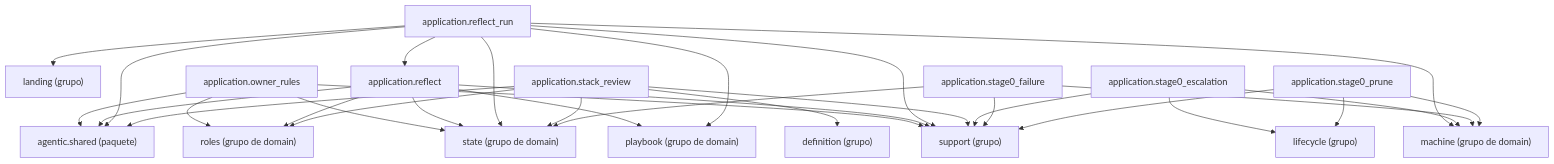
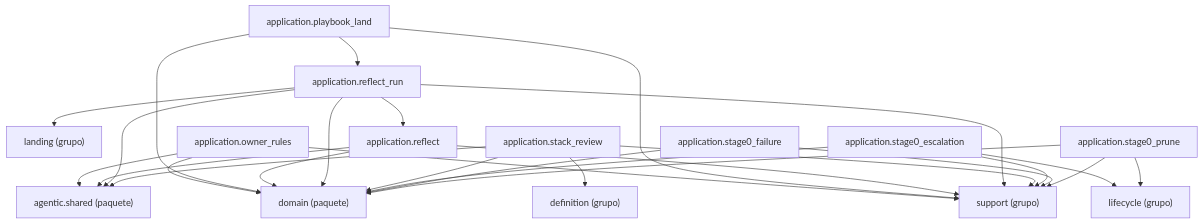
The diagram in docs/architecture/generated/packages-process-application-reflection.md (GonzaloZevallos/agentic-system), drawn with Mermaid before and after one commit. The commit also changed other lines of this file and 4 other files, not shown here.

First line of the commit message:
Land the playbook pull request by itself: land_playbook reads, decides, merges and records

````diff
--- a/docs/architecture/generated/packages-process-application-reflection.md
+++ b/docs/architecture/generated/packages-process-application-reflection.md
@@ -17,49 +17,43 @@
 ```mermaid
 graph TD
     g_application__definition["definition (grupo)"]
     g_application__landing["landing (grupo)"]
     g_application__lifecycle["lifecycle (grupo)"]
     g_application__support["support (grupo)"]
-    g_domain__machine["machine (grupo de domain)"]
-    g_domain__playbook["playbook (grupo de domain)"]
-    g_domain__roles["roles (grupo de domain)"]
-    g_domain__state["state (grupo de domain)"]
     g_pkg__agentic__shared["agentic.shared (paquete)"]
+    g_pkg__domain["domain (paquete)"]
     m_application__owner_rules["application.owner_rules"]
+    m_application__playbook_land["application.playbook_land"]
     m_application__reflect["application.reflect"]
     m_application__reflect_run["application.reflect_run"]
     m_application__stack_review["application.stack_review"]
     m_application__stage0_escalation["application.stage0_escalation"]
     m_application__stage0_failure["application.stage0_failure"]
     m_application__stage0_prune["application.stage0_prune"]
     m_application__owner_rules --> g_application__support
-    m_application__owner_rules --> g_domain__roles
-    m_application__owner_rules --> g_domain__state
     m_application__owner_rules --> g_pkg__agentic__shared
+    m_application__owner_rules --> g_pkg__domain
+    m_application__playbook_land --> g_application__support
+    m_application__playbook_land --> g_pkg__domain
+    m_application__playbook_land --> m_application__reflect_run
     m_application__reflect --> g_application__support
-    m_application__reflect --> g_domain__playbook
-    m_application__reflect --> g_domain__roles
-    m_application__reflect --> g_domain__state
     m_application__reflect --> g_pkg__agentic__shared
+    m_application__reflect --> g_pkg__domain
     m_application__reflect_run --> g_application__landing
     m_application__reflect_run --> g_application__support
-    m_application__reflect_run --> g_domain__machine
-    m_application__reflect_run --> g_domain__playbook
-    m_application__reflect_run --> g_domain__state
     m_application__reflect_run --> g_pkg__agentic__shared
+    m_application__reflect_run --> g_pkg__domain
     m_application__reflect_run --> m_application__reflect
     m_application__stack_review --> g_application__definition
     m_application__stack_review --> g_application__support
-    m_application__stack_review --> g_domain__roles
-    m_application__stack_review --> g_domain__state
     m_application__stack_review --> g_pkg__agentic__shared
+    m_application__stack_review --> g_pkg__domain
     m_application__stage0_escalation --> g_application__lifecycle
     m_application__stage0_escalation --> g_application__support
-    m_application__stage0_escalation --> g_domain__machine
+    m_application__stage0_escalation --> g_pkg__domain
     m_application__stage0_failure --> g_application__support
-    m_application__stage0_failure --> g_domain__machine
-    m_application__stage0_failure --> g_domain__state
+    m_application__stage0_failure --> g_pkg__domain
     m_application__stage0_prune --> g_application__lifecycle
     m_application__stage0_prune --> g_application__support
-    m_application__stage0_prune --> g_domain__machine
+    m_application__stage0_prune --> g_pkg__domain
 ```
````
